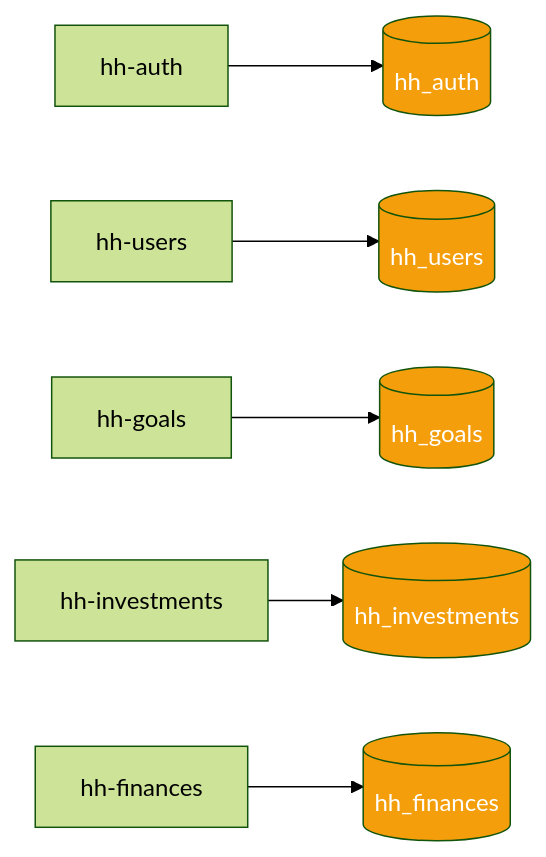
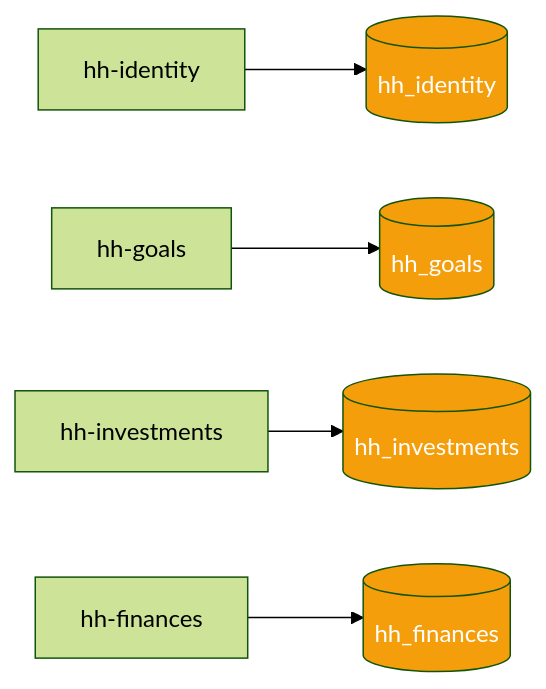
The third of 3 diagrams in docs/architecture.md (tiagorocha94/hh-docs), drawn with Mermaid (forest theme) before and after one commit. The commit also changed other lines of this file, not shown here.

First line of the commit message:
docs: update architecture for hh-identity (replaces hh-auth + hh-users)

````diff
--- a/docs/architecture.md
+++ b/docs/architecture.md
@@ -132,14 +125,12 @@
 ```mermaid
 graph LR
-    AUTH[hh-auth] --> DB_AUTH[(hh_auth)]
-    USERS[hh-users] --> DB_USERS[(hh_users)]
+    IDENTITY[hh-identity] --> DB_IDENTITY[(hh_identity)]
     GOALS[hh-goals] --> DB_GOALS[(hh_goals)]
     INV[hh-investments] --> DB_INV[(hh_investments)]
     FIN[hh-finances] --> DB_FIN[(hh_finances)]
 
-    style DB_AUTH fill:#f59e0b,color:#fff
-    style DB_USERS fill:#f59e0b,color:#fff
+    style DB_IDENTITY fill:#f59e0b,color:#fff
     style DB_GOALS fill:#f59e0b,color:#fff
     style DB_INV fill:#f59e0b,color:#fff
     style DB_FIN fill:#f59e0b,color:#fff
 ```
````
